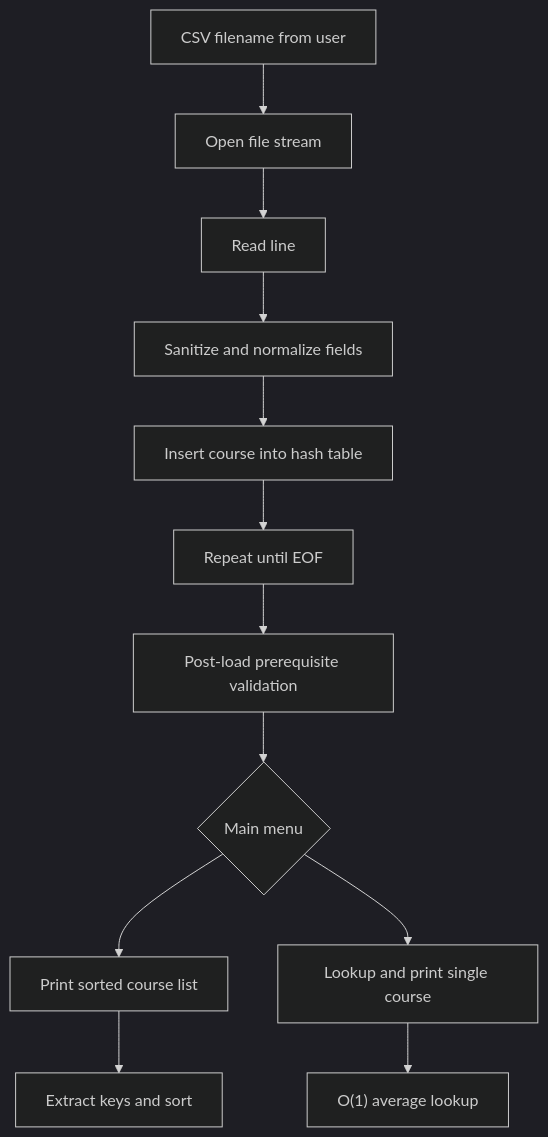
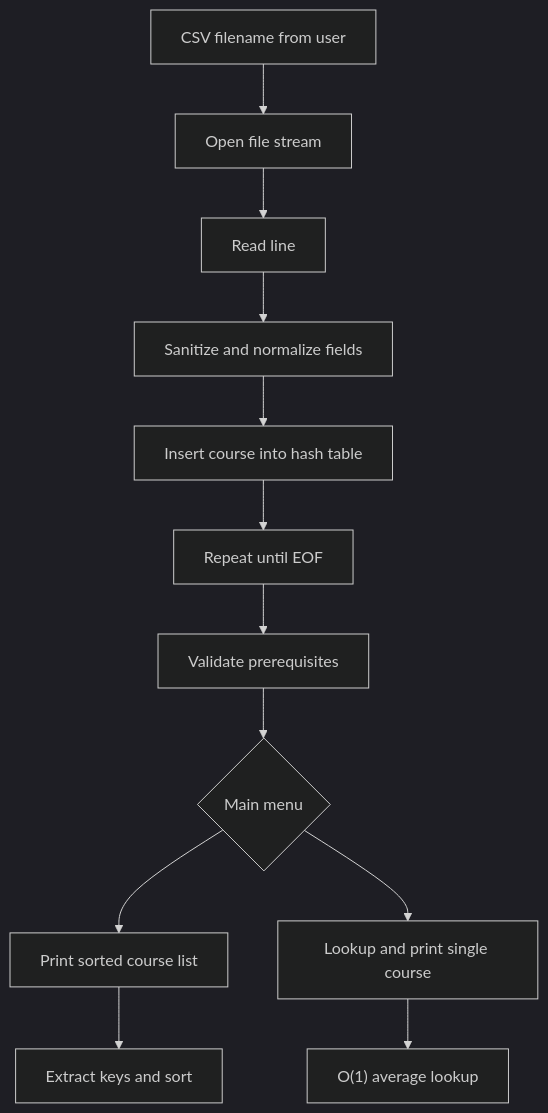
Before and after one commit to bradsaucier/CS300-CoursePlanner: the diagram in README.md, drawn with Mermaid (dark theme). The commit also changed other lines of this file, not shown here.

````diff
--- a/README.md
+++ b/README.md
@@ -100,14 +92,14 @@
 ```mermaid
 flowchart TD
   A[CSV filename from user] --> B[Open file stream]
   B --> C[Read line]
   C --> D[Sanitize and normalize fields]
   D --> E[Insert course into hash table]
   E --> F[Repeat until EOF]
-  F --> G[Post-load prerequisite validation]
+  F --> G[Validate prerequisites]
   G --> H{Main menu}
   H --> I[Print sorted course list]
   H --> J[Lookup and print single course]
   I --> K[Extract keys and sort]
   J --> L["O(1) average lookup"]
 ```
````
